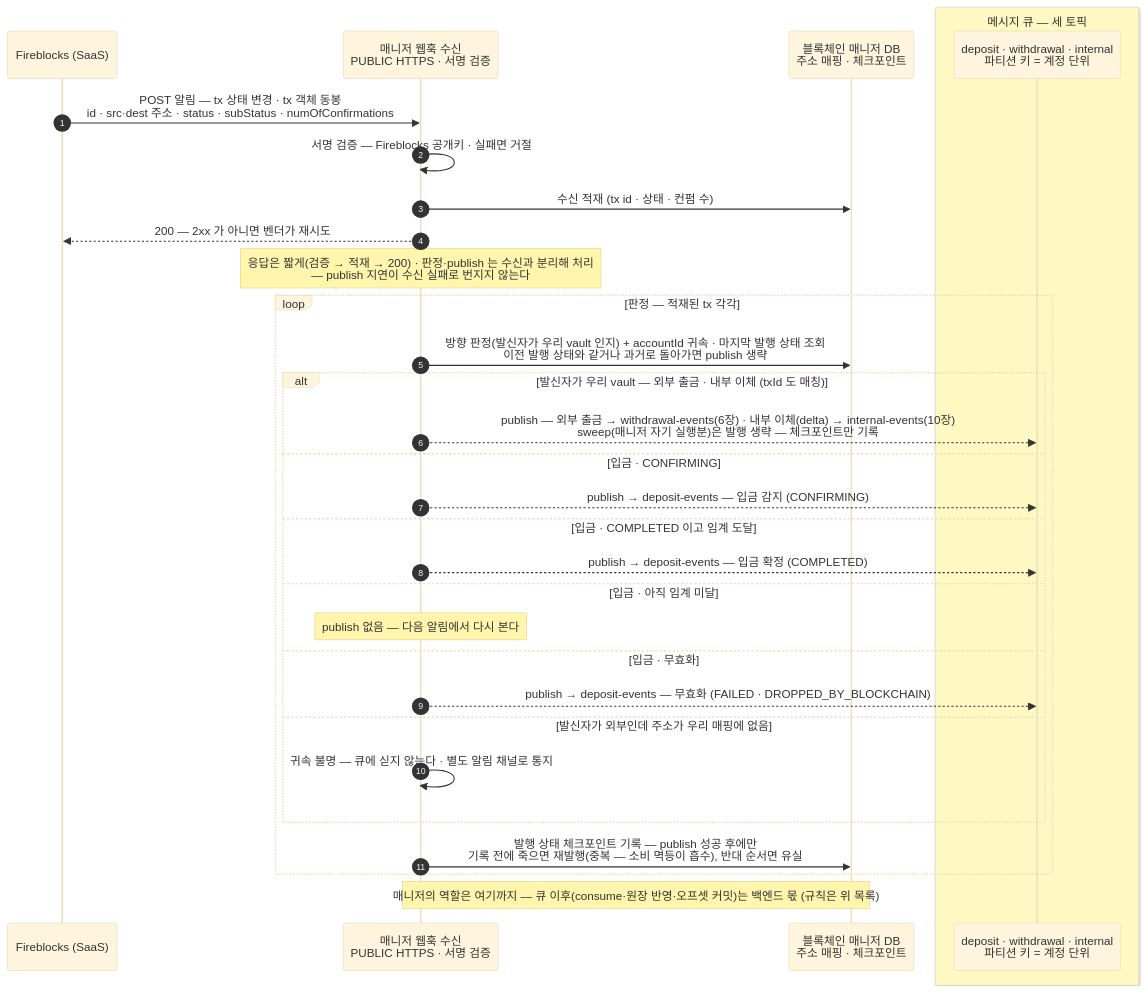
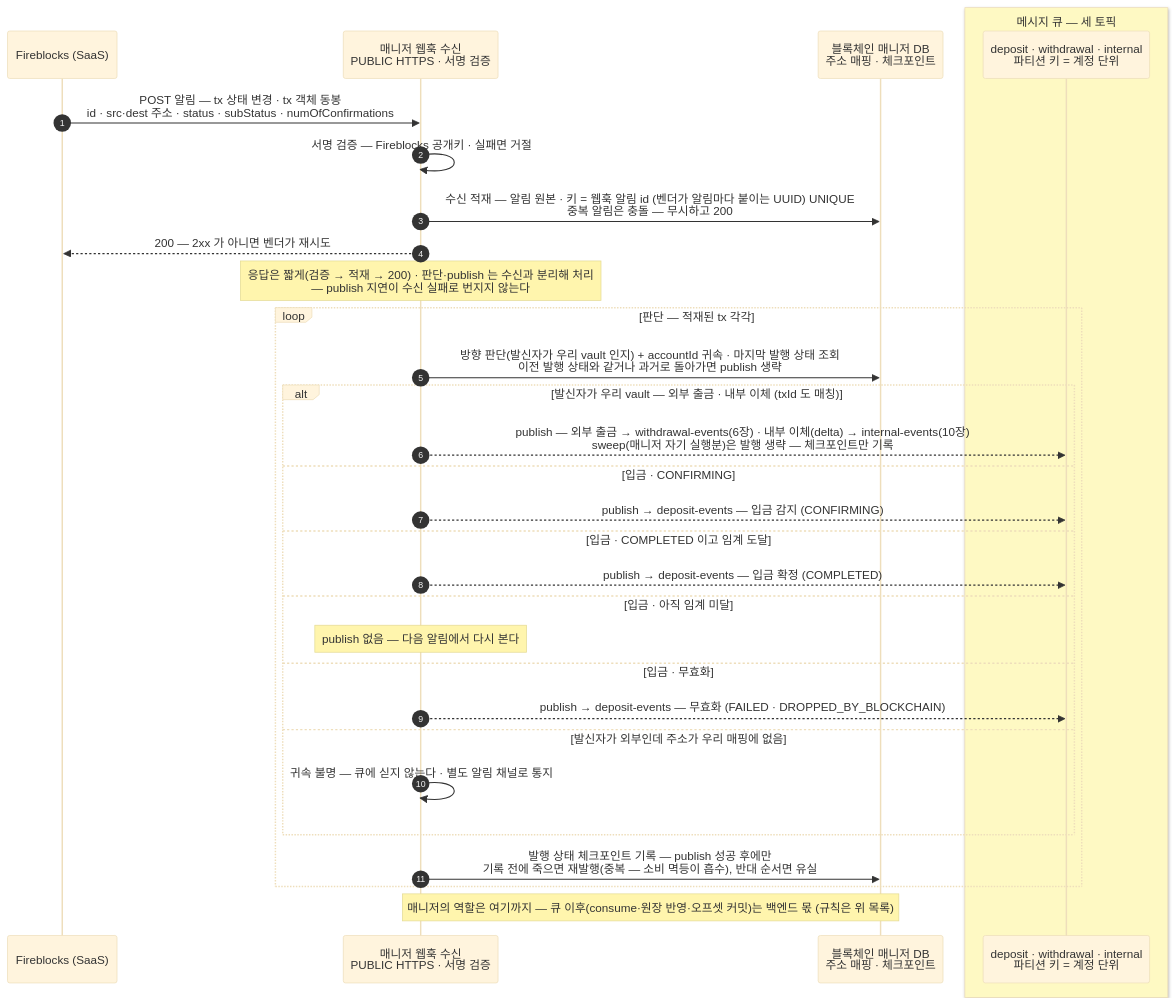
The first of 2 diagrams in blockchain-manager/docs/블록체인매니저/설계/04-detect-confirm.md (eunsujeo/eunpus), drawn with Mermaid (base theme) before and after one commit. The commit also changed other lines of this file and 47 other files, not shown here.

First line of the commit message:
웹훅 상세 설계 + BC 카테고리 개편 + ERD·시나리오 애니메이션 도구

````diff
--- a/blockchain-manager/docs/블록체인매니저/설계/04-detect-confirm.md
+++ b/blockchain-manager/docs/블록체인매니저/설계/04-detect-confirm.md
@@ -78,35 +77,35 @@
 ```mermaid
 sequenceDiagram
     autonumber
     participant FB as Fireblocks (SaaS)
     participant WH as 매니저 웹훅 수신<br/>PUBLIC HTTPS · 서명 검증
     participant MDB as 블록체인 매니저 DB<br/>주소 매핑 · 체크포인트
     box rgb(254,249,195) 메시지 큐 — 세 토픽
     participant MQ as deposit · withdrawal · internal<br/>파티션 키 = 계정 단위
     end
 
     FB->>WH: POST 알림 — tx 상태 변경 · tx 객체 동봉<br/>id · src·dest 주소 · status · subStatus · numOfConfirmations
     WH->>WH: 서명 검증 — Fireblocks 공개키 · 실패면 거절
-    WH->>MDB: 수신 적재 (tx id · 상태 · 컨펌 수)
+    WH->>MDB: 수신 적재 — 알림 원본 · 키 = 웹훅 알림 id (벤더가 알림마다 붙이는 UUID) UNIQUE<br/>중복 알림은 충돌 — 무시하고 200
     WH-->>FB: 200 — 2xx 가 아니면 벤더가 재시도
-    Note over WH: 응답은 짧게(검증 → 적재 → 200) · 판정·publish 는 수신과 분리해 처리<br/>— publish 지연이 수신 실패로 번지지 않는다
+    Note over WH: 응답은 짧게(검증 → 적재 → 200) · 판단·publish 는 수신과 분리해 처리<br/>— publish 지연이 수신 실패로 번지지 않는다
 
-    loop 판정 — 적재된 tx 각각
-        WH->>MDB: 방향 판정(발신자가 우리 vault 인지) + accountId 귀속 · 마지막 발행 상태 조회<br/>이전 발행 상태와 같거나 과거로 돌아가면 publish 생략
+    loop 판단 — 적재된 tx 각각
+        WH->>MDB: 방향 판단(발신자가 우리 vault 인지) + accountId 귀속 · 마지막 발행 상태 조회<br/>이전 발행 상태와 같거나 과거로 돌아가면 publish 생략
         alt 발신자가 우리 vault — 외부 출금 · 내부 이체 (txId 도 매칭)
             WH-->>MQ: publish — 외부 출금 → withdrawal-events(6장) · 내부 이체(delta) → internal-events(10장)<br/>sweep(매니저 자기 실행분)은 발행 생략 — 체크포인트만 기록
         else 입금 · CONFIRMING
             WH-->>MQ: publish → deposit-events — 입금 감지 (CONFIRMING)
         else 입금 · COMPLETED 이고 임계 도달
             WH-->>MQ: publish → deposit-events — 입금 확정 (COMPLETED)
         else 입금 · 아직 임계 미달
             Note over WH: publish 없음 — 다음 알림에서 다시 본다
         else 입금 · 무효화
             WH-->>MQ: publish → deposit-events — 무효화 (FAILED · DROPPED_BY_BLOCKCHAIN)
         else 발신자가 외부인데 주소가 우리 매핑에 없음
             WH->>WH: 귀속 불명 — 큐에 싣지 않는다 · 별도 알림 채널로 통지
         end
         WH->>MDB: 발행 상태 체크포인트 기록 — publish 성공 후에만<br/>기록 전에 죽으면 재발행(중복 — 소비 멱등이 흡수), 반대 순서면 유실
     end
     Note over WH,MDB: 매니저의 역할은 여기까지 — 큐 이후(consume·원장 반영·오프셋 커밋)는 백엔드 몫 (규칙은 위 목록)
 ```
````
